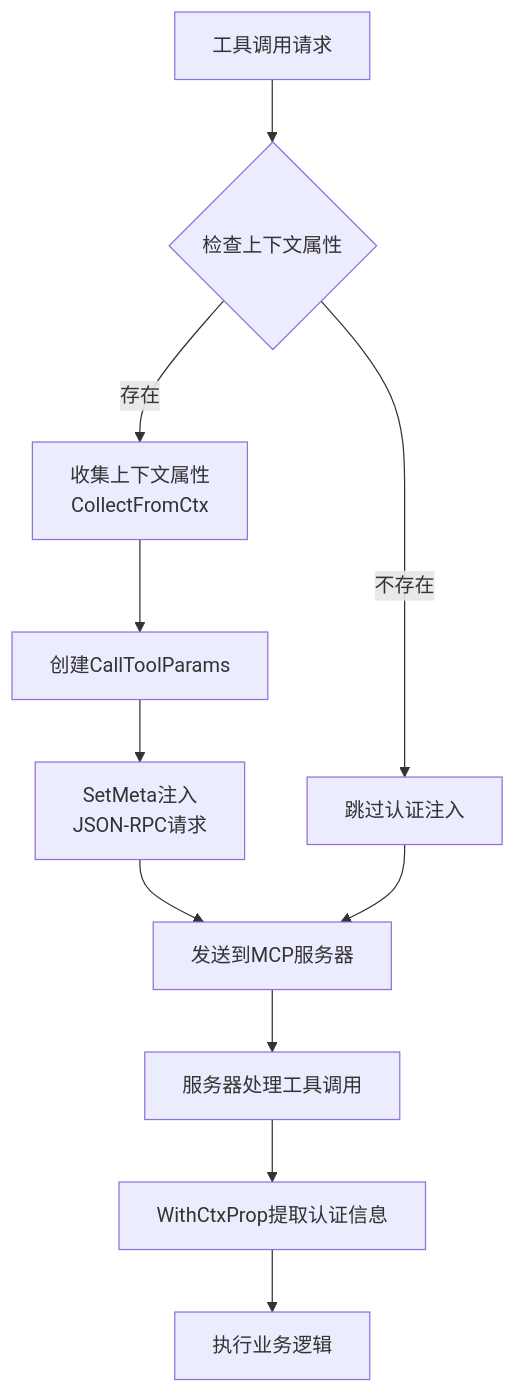
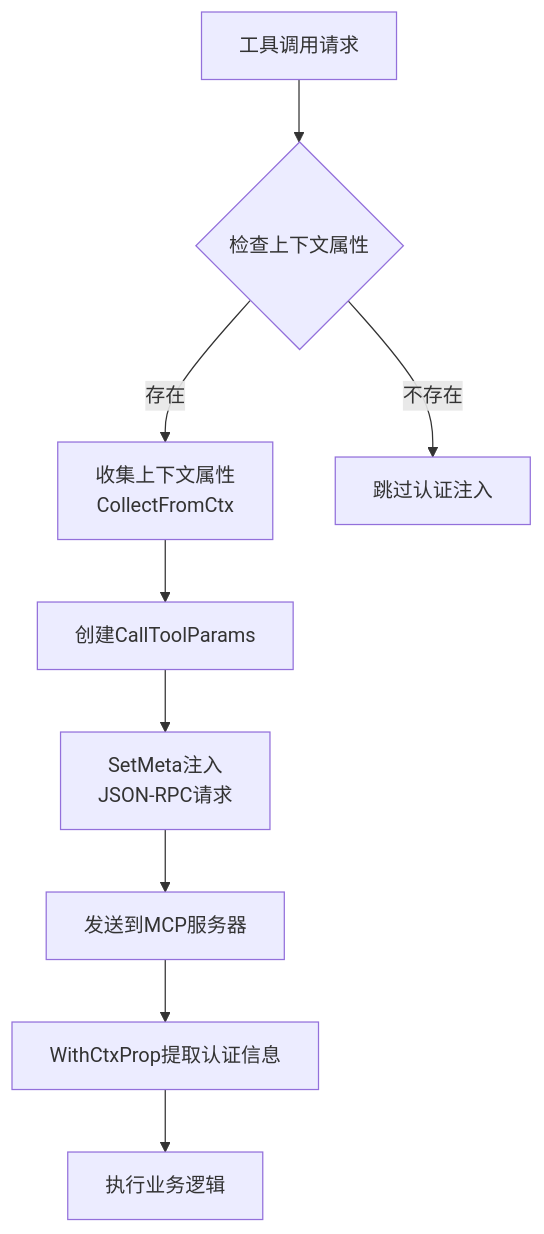
The sixth of 25 diagrams in .qoder/repowiki/zh/content/核心服务详解/Mcpx客户端包.md (maomao94/zero-service), drawn with Mermaid before and after one commit. The commit also changed other lines of this file and 42 other files, not shown here.

````diff
--- a/.qoder/repowiki/zh/content/核心服务详解/Mcpx客户端包.md
+++ b/.qoder/repowiki/zh/content/核心服务详解/Mcpx客户端包.md
@@ -384,13 +423,11 @@
 ```mermaid
 flowchart TD
 A[工具调用请求] --> B{检查上下文属性}
 B --> |存在| C[收集上下文属性<br/>CollectFromCtx]
 B --> |不存在| D[跳过认证注入]
 C --> E[创建CallToolParams]
 E --> F[SetMeta注入<br/>JSON-RPC请求]
 F --> G[发送到MCP服务器]
-D --> G
-G --> H[服务器处理工具调用]
-H --> I[WithCtxProp提取认证信息]
-I --> J[执行业务逻辑]
+G --> H[WithCtxProp提取认证信息]
+H --> I[执行业务逻辑]
 ```
````
